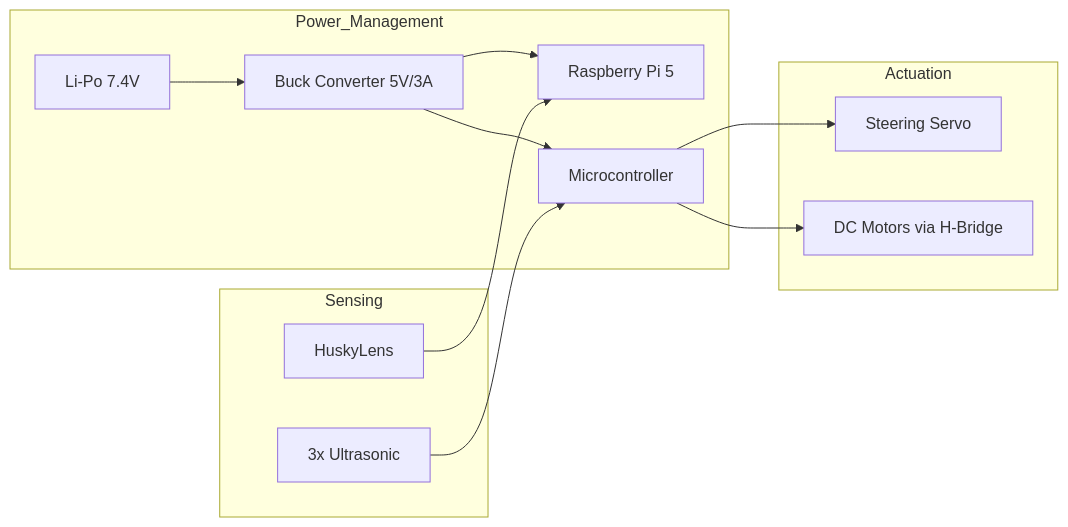
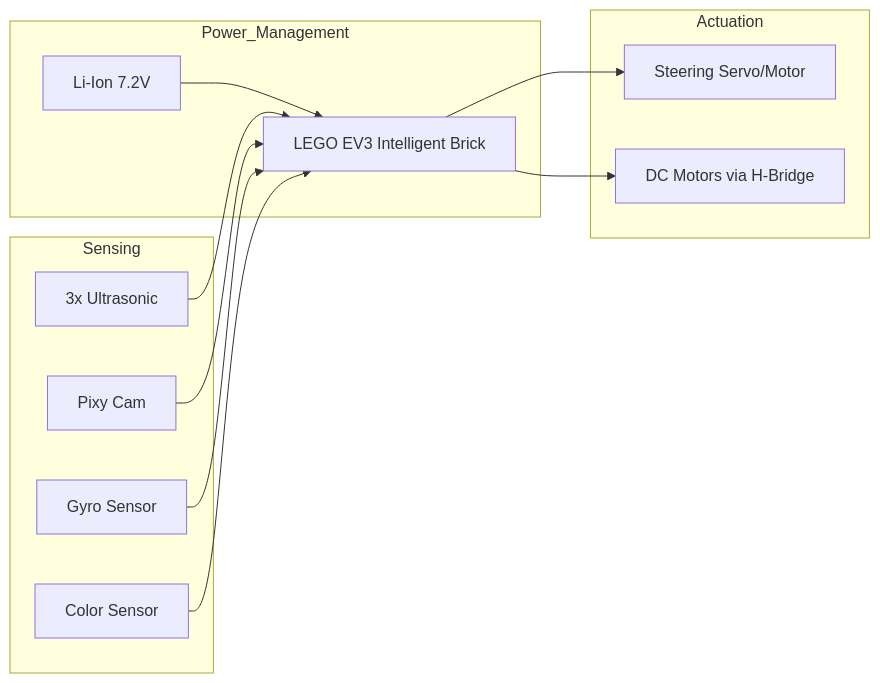
Before and after one commit to Piolintech123/WRO2026-FE-PiolinTech: the second of 3 diagrams in README.md, drawn with Mermaid. The commit also changed other lines of this file, not shown here.

First line of the commit message:
Revise README for Piolín robot architecture changes

````diff
--- a/README.md
+++ b/README.md
@@ -493,16 +476,16 @@
 ```mermaid
 graph LR
     subgraph Power_Management
-    BAT[Li-Po 7.4V] --> VR[Buck Converter 5V/3A]
-    VR --> RPi[Raspberry Pi 5]
-    VR --> MCU[Microcontroller]
+    BAT[Li-Ion 7.2V] --> EV3[LEGO EV3 Intelligent Brick]
     end
     subgraph Sensing
-    US[3x Ultrasonic] --> MCU
-    CAM[HuskyLens] --> RPi
+    US[3x Ultrasonic] --> EV3
+    CAM[Pixy Cam] --> EV3
+    GYRO[Gyro Sensor] --> EV3
+    COL[Color Sensor] --> EV3
     end
     subgraph Actuation
-    MCU --> SERV[Steering Servo]
-    MCU --> MOT[DC Motors via H-Bridge]
+    EV3 --> SERV[Steering Servo/Motor]
+    EV3 --> MOT[DC Motors via H-Bridge]
     end
 ```
````
